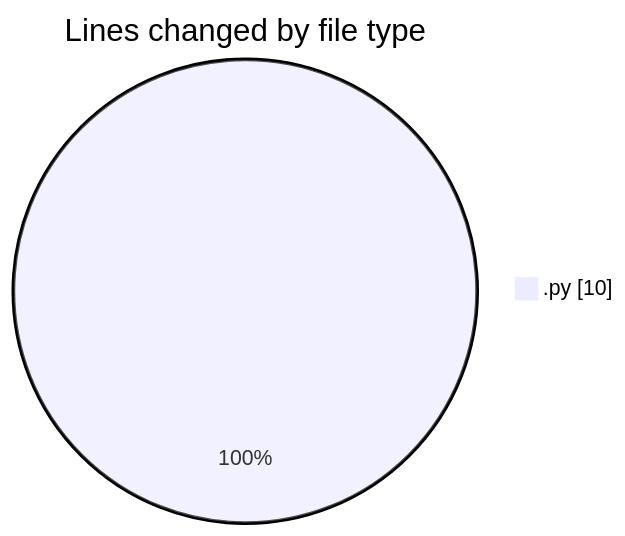
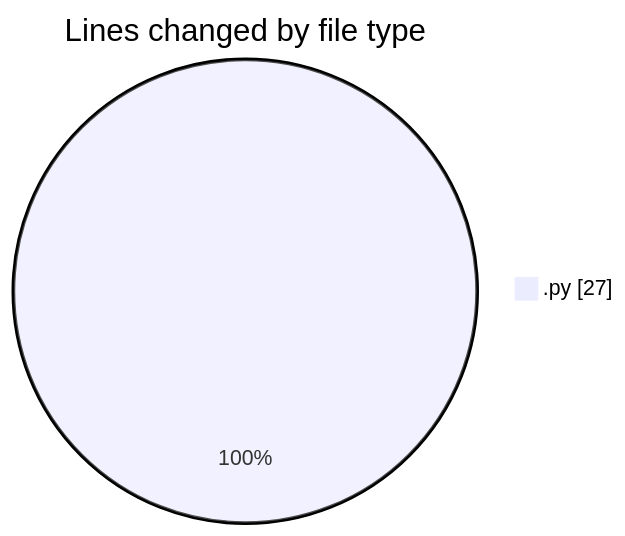
Before and after one commit to MatusMokan/code-tracking: the first of 2 diagrams in 2025-04-20/myws__workspace_/README.md, drawn with Mermaid. The commit also changed other lines of this file and 1 other file, not shown here.

````diff
--- a/2025-04-20/myws__workspace_/README.md
+++ b/2025-04-20/myws__workspace_/README.md
@@ -20,5 +20,5 @@
 ```mermaid
 pie showData
 title Lines changed by file type
-".py" : 10
+".py" : 27
 ```
````
